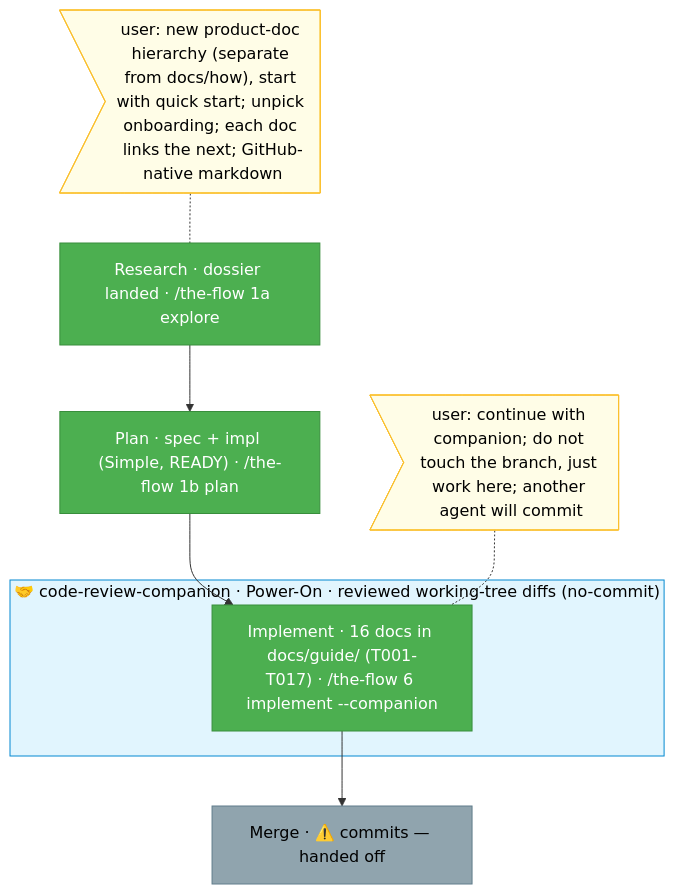
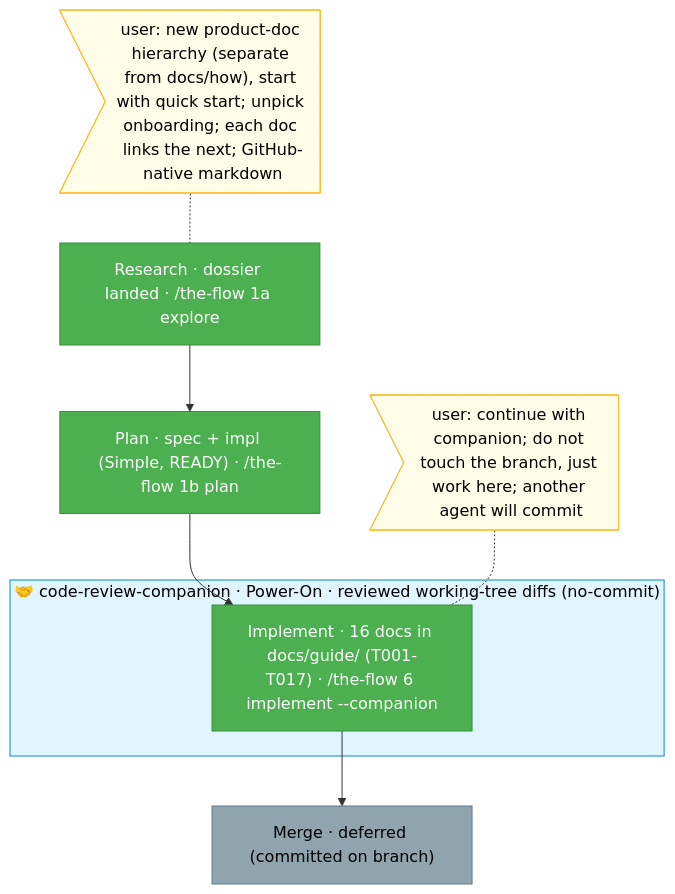
One commit to AI-Substrate/harness-engineering changed the diagram in docs/plans/025-product-documentation-hierarchy/the-flow.md. Above: the diagram before and after it, drawn with Mermaid. The commit also changed other lines of this file and 3 other files, not shown here.

First line of the commit message:
chore(flow): close out plan-025 the-flow (merge deferred)

````diff
--- a/docs/plans/025-product-documentation-hierarchy/the-flow.md
+++ b/docs/plans/025-product-documentation-hierarchy/the-flow.md
@@ -7,26 +7,26 @@
 ```mermaid
 flowchart TD
     classDef done    fill:#4CAF50,stroke:#388E3C,color:#fff
     classDef wip     fill:#FF9800,stroke:#F57C00,color:#000
     classDef blocked fill:#F44336,stroke:#D32F2F,color:#fff
     classDef known   fill:#90A4AE,stroke:#607D8B,color:#000
     classDef assumed fill:#ECEFF1,stroke:#B0BEC5,color:#90A4AE,stroke-dasharray:4 4
     classDef said    fill:#FFFDE7,stroke:#FBC02D,color:#000
     classDef companion fill:#E1F5FE,stroke:#0288D1,color:#000
 
     %% spine (vertical); Simple mode = single implement phase
     R["Research · dossier landed · /the-flow 1a explore"]:::done --> PL["Plan · spec + impl (Simple, READY) · /the-flow 1b plan"]:::done
 
     subgraph CR["🤝 code-review-companion · Power-On · reviewed working-tree diffs (no-commit)"]
         P1["Implement · 16 docs in docs/guide/ (T001-T017) · /the-flow 6 implement --companion"]:::done
     end
     PL --> P1
-    P1 --> M["Merge · ⚠️ commits — handed off"]:::known
+    P1 --> M["Merge · deferred (committed on branch)"]:::known
 
     %% verbatim user-said bubbles
     UR>"user: new product-doc hierarchy (separate from docs/how), start with quick start; unpick onboarding; each doc links the next; GitHub-native markdown"]:::said
     UR -.- R
     UC>"user: continue with companion; do not touch the branch, just work here; another agent will commit"]:::said
     UC -.- P1
     class CR companion
 ```
````
